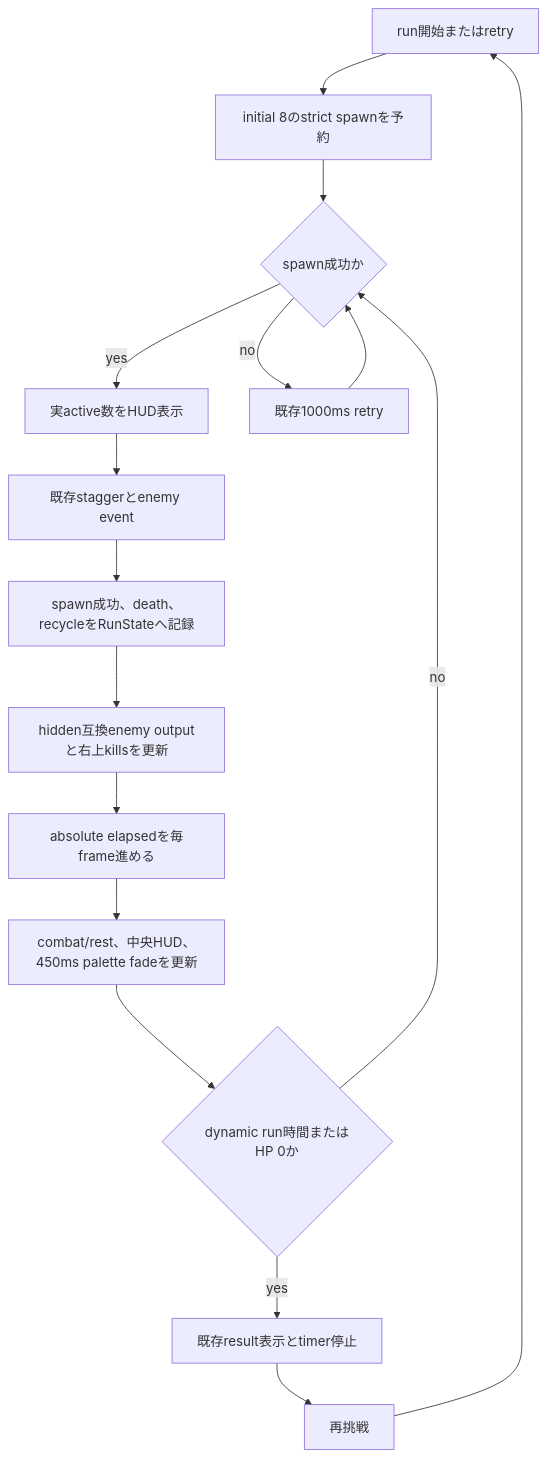
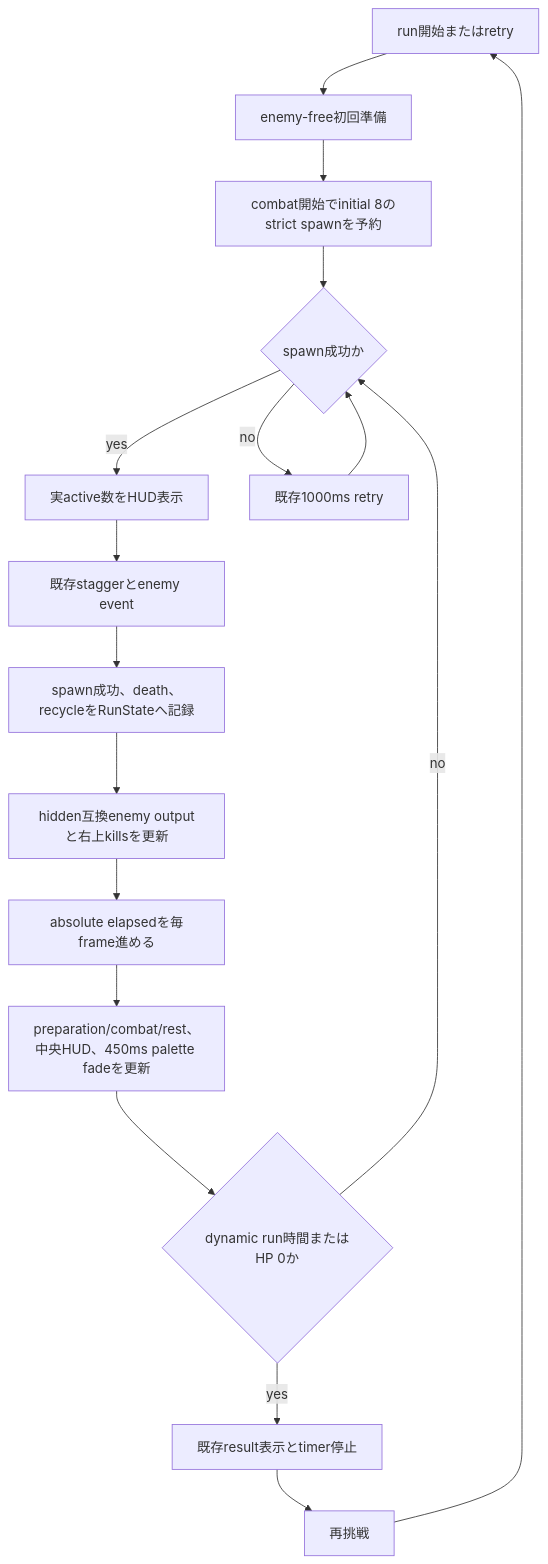
The first of 2 diagrams in docs/40_design/detail/wave-progression-v1.md (WFrog2511/2d-coop-survival), drawn with Mermaid before and after one commit. The commit also changed other lines of this file and 30 other files, not shown here.

```diff
--- a/docs/40_design/detail/wave-progression-v1.md
+++ b/docs/40_design/detail/wave-progression-v1.md
@@ -62,18 +63,19 @@
 ~~~mermaid
 flowchart TD
-  start[run開始またはretry] --> initial[initial 8のstrict spawnを予約]
+  start[run開始またはretry] --> preparation[enemy-free初回準備]
+  preparation --> initial[combat開始でinitial 8のstrict spawnを予約]
   initial --> spawn{spawn成功か}
   spawn -->|yes| hud1[実active数をHUD表示]
   spawn -->|no| retrySpawn[既存1000ms retry]
   retrySpawn --> spawn
   hud1 --> stagger[既存staggerとenemy event]
   stagger --> state[spawn成功、death、recycleをRunStateへ記録]
   state --> hud2[hidden互換enemy outputと右上killsを更新]
   hud2 --> time[absolute elapsedを毎frame進める]
-  time --> phase[combat/rest、中央HUD、450ms palette fadeを更新]
+  time --> phase[preparation/combat/rest、中央HUD、450ms palette fadeを更新]
   phase --> terminal{dynamic run時間またはHP 0か}
   terminal -->|no| spawn
   terminal -->|yes| result[既存result表示とtimer停止]
   result --> retry[再挑戦]
   retry --> start
 ~~~
```
